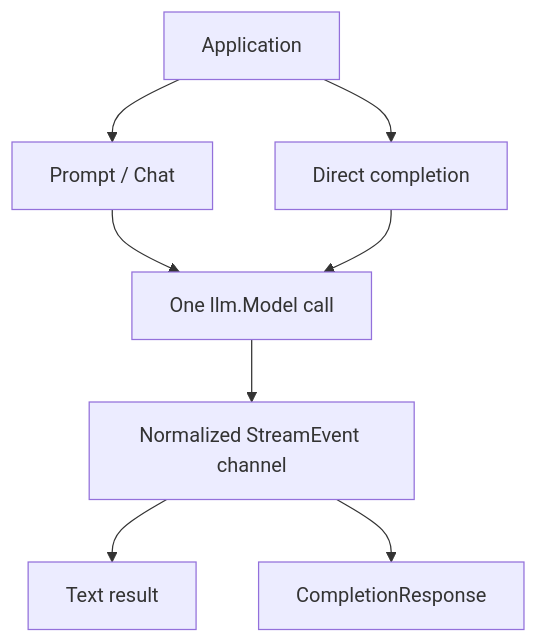
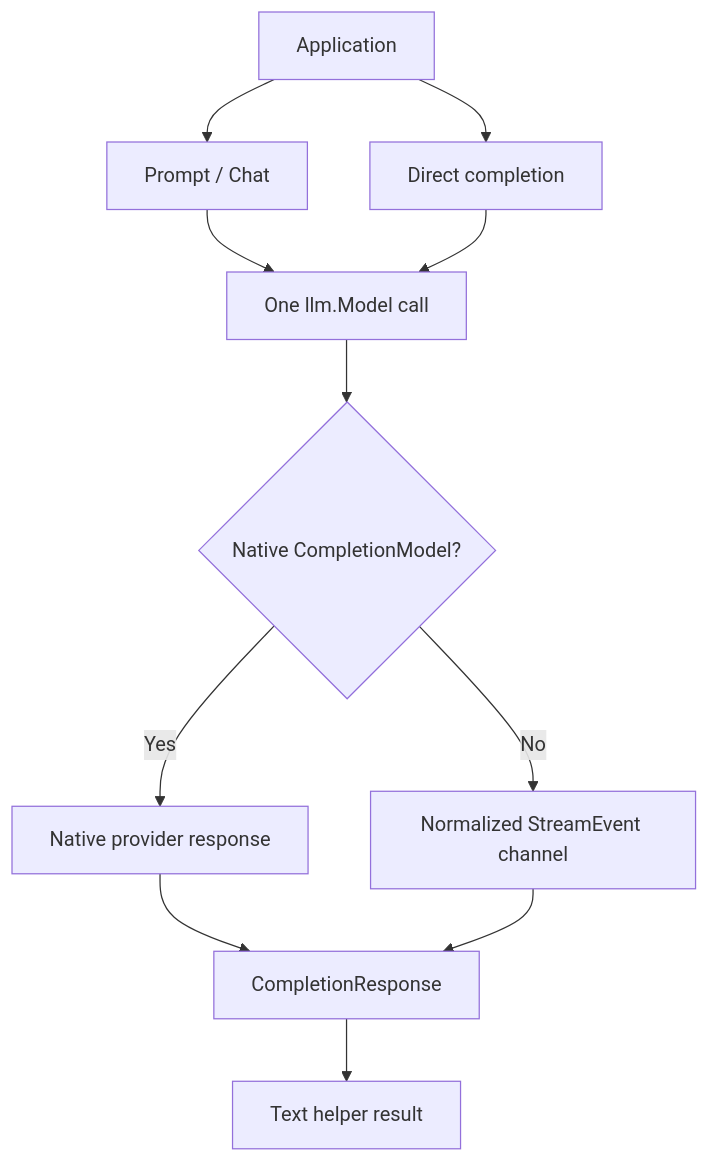
The diagram in docs/core/completions.md (open-ai-sdk/ai-go), drawn with Mermaid before and after one commit. The commit also changed other lines of this file and 99 other files, not shown here.

````diff
--- a/docs/core/completions.md
+++ b/docs/core/completions.md
@@ -22,11 +22,14 @@
 ```mermaid
 flowchart TD
     App[Application] --> Convenience[Prompt / Chat]
     App --> Direct[Direct completion]
     Convenience --> OneCall[One llm.Model call]
     Direct --> OneCall
 
-    OneCall --> Events[Normalized StreamEvent channel]
-    Events --> Text[Text result]
+    OneCall --> Capability{Native CompletionModel?}
+    Capability -->|Yes| Native[Native provider response]
+    Capability -->|No| Events[Normalized StreamEvent channel]
+    Native --> Response[CompletionResponse]
     Events --> Response[CompletionResponse]
+    Response --> Text[Text helper result]
 ```
````
